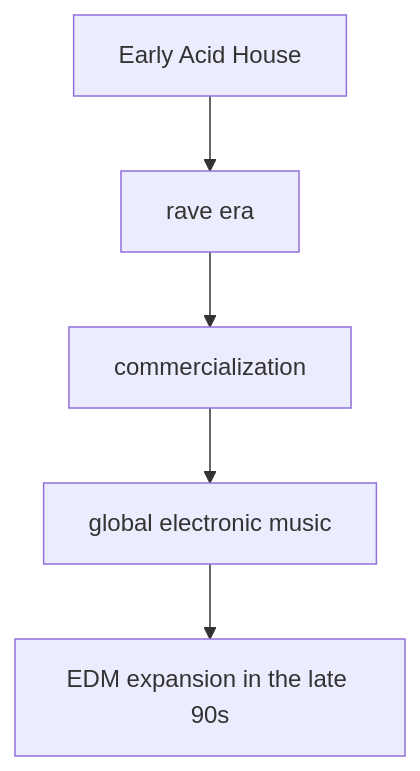
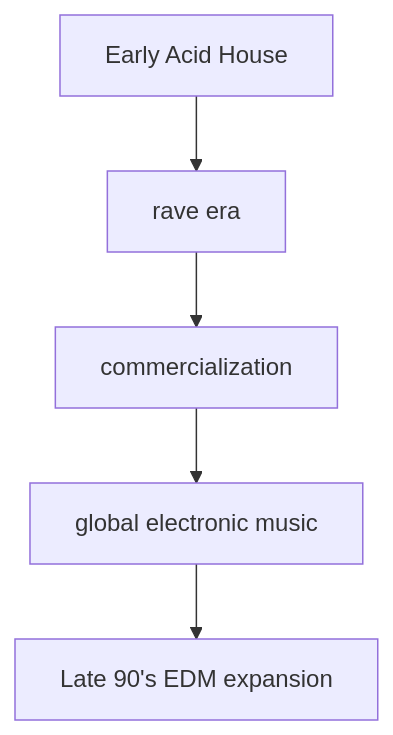
Before and after one commit to monumental-movement/monumental-movement.github.io: the tenth of 17 diagrams in en/_posts/2026-05-24-column-808-state.md, drawn with Mermaid. The commit also changed other lines of this file and 423 other files, not shown here.

```diff
--- a/en/_posts/2026-05-24-column-808-state.md
+++ b/en/_posts/2026-05-24-column-808-state.md
@@ -376,7 +376,7 @@
 <div class="mermaid">
 flowchart TD
 A[Early Acid House] --> B[rave era]
 B --> C[commercialization]
 C --> D[global electronic music]
-D --> E[EDM expansion in the late 90s]
+D --> E[Late 90's EDM expansion]
 </div>
```
